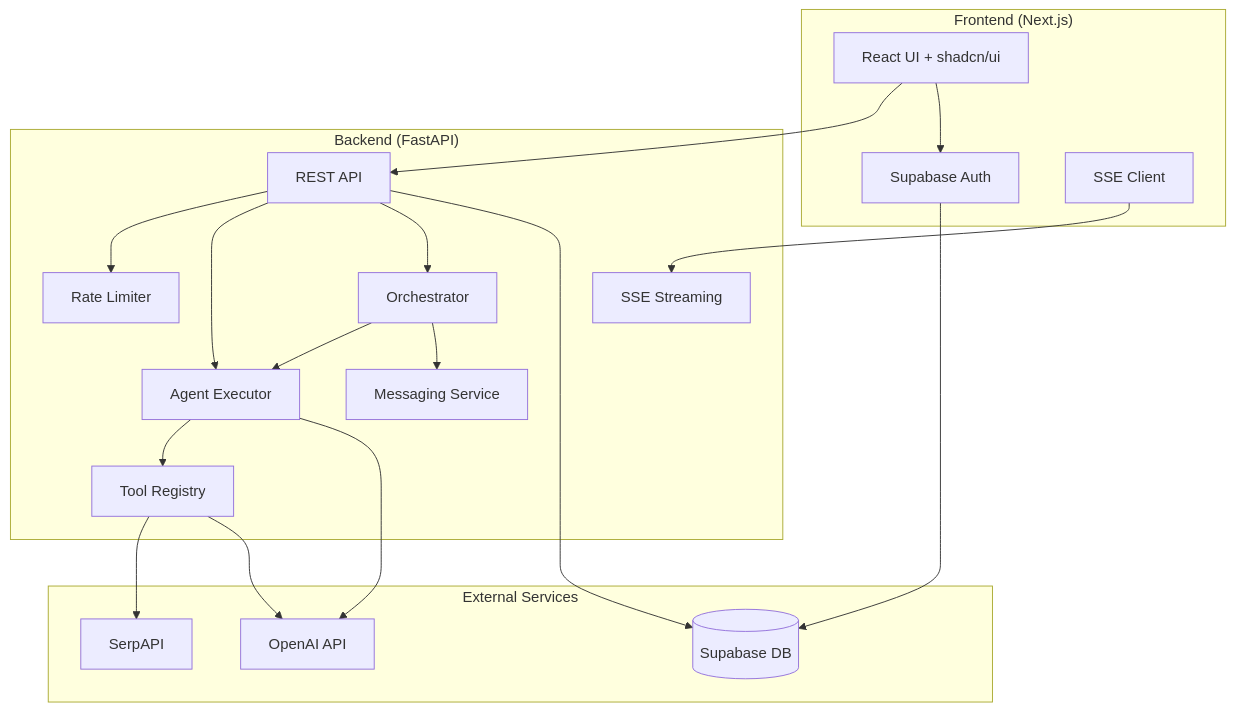
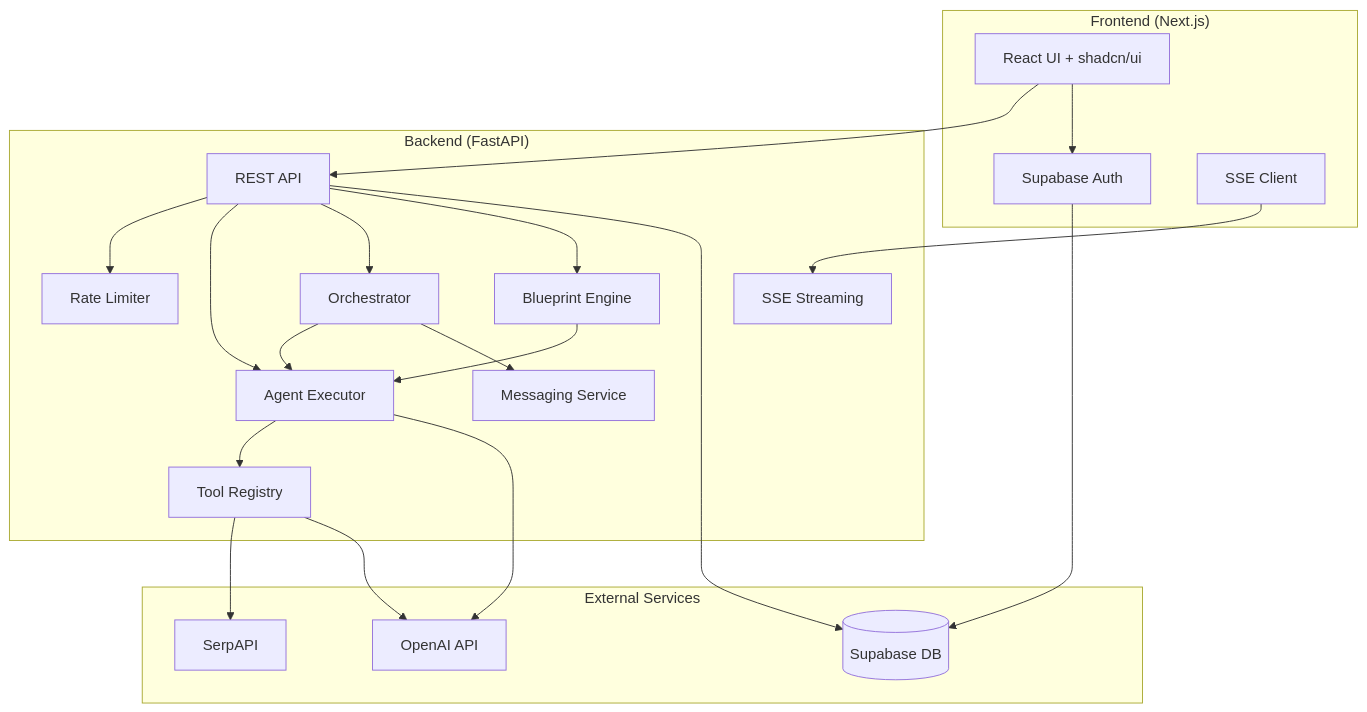
Before and after one commit to AaronCx/AgentForge: the diagram in README.md, drawn with Mermaid. The commit also changed other lines of this file and 1 other file, not shown here.

````diff
--- a/README.md
+++ b/README.md
@@ -67,39 +82,42 @@
 ```mermaid
 graph TB
     subgraph Frontend["Frontend (Next.js)"]
         UI[React UI + shadcn/ui]
         Auth[Supabase Auth]
         SSE[SSE Client]
     end
 
     subgraph Backend["Backend (FastAPI)"]
         API[REST API]
         Executor[Agent Executor]
         Orchestrator[Orchestrator]
+        BlueprintEngine[Blueprint Engine]
         Messaging[Messaging Service]
         Tools[Tool Registry]
         Stream[SSE Streaming]
         RL[Rate Limiter]
     end
 
     subgraph Services["External Services"]
         OpenAI[OpenAI API]
         SerpAPI[SerpAPI]
         Supabase[(Supabase DB)]
     end
 
     UI --> API
     UI --> Auth
     SSE --> Stream
     API --> RL
     API --> Executor
     API --> Orchestrator
+    API --> BlueprintEngine
+    BlueprintEngine --> Executor
     Orchestrator --> Executor
     Orchestrator --> Messaging
     Executor --> Tools
     Executor --> OpenAI
     Tools --> SerpAPI
     Tools --> OpenAI
     API --> Supabase
     Auth --> Supabase
 ```
````
